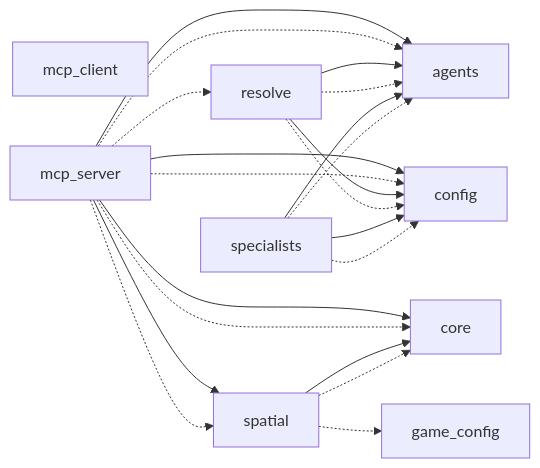
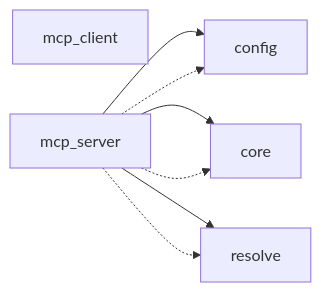
The diagram in docs/architecture/story_simulator.md (zhafen/story-simulator), drawn with Mermaid before and after one commit. The commit also changed other lines of this file and 29 other files, not shown here.

````diff
--- a/docs/architecture/story_simulator.md
+++ b/docs/architecture/story_simulator.md
@@ -25,32 +5,14 @@
 ```mermaid
 flowchart LR
-    n0["agents"]
-    n1["config"]
-    n2["core"]
-    n3["game_config"]
-    n4["mcp_client"]
-    n5["mcp_server"]
-    n6["resolve"]
-    n7["spatial"]
-    n8["specialists"]
-    n5 --> n0
-    n5 -.-> n0
-    n5 --> n1
-    n5 -.-> n1
-    n5 --> n2
-    n5 -.-> n2
-    n5 -.-> n6
-    n5 --> n7
-    n5 -.-> n7
-    n6 --> n0
-    n6 -.-> n0
-    n6 --> n1
-    n6 -.-> n1
-    n7 --> n2
-    n7 -.-> n2
-    n7 -.-> n3
-    n8 --> n0
-    n8 -.-> n0
-    n8 --> n1
-    n8 -.-> n1
+    n0["config"]
+    n1["core"]
+    n2["mcp_client"]
+    n3["mcp_server"]
+    n4["resolve"]
+    n3 --> n0
+    n3 -.-> n0
+    n3 --> n1
+    n3 -.-> n1
+    n3 --> n4
+    n3 -.-> n4
 ```
````
